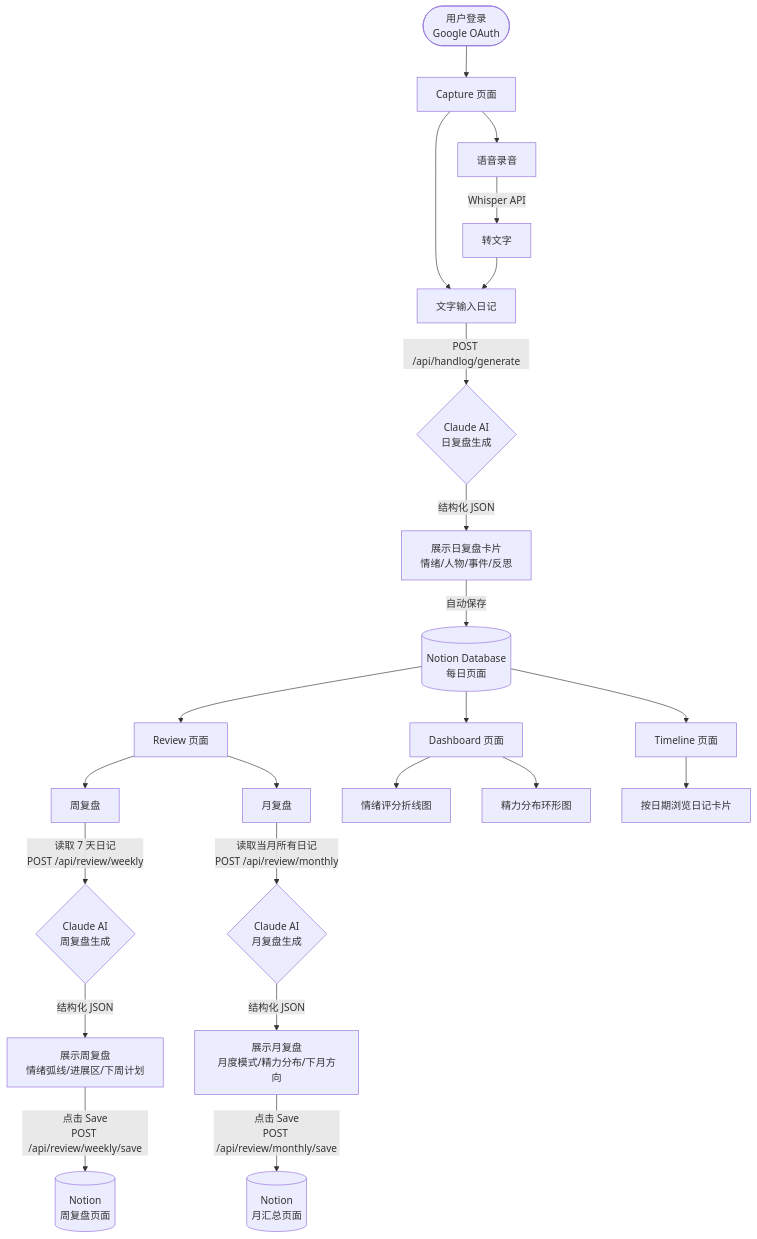
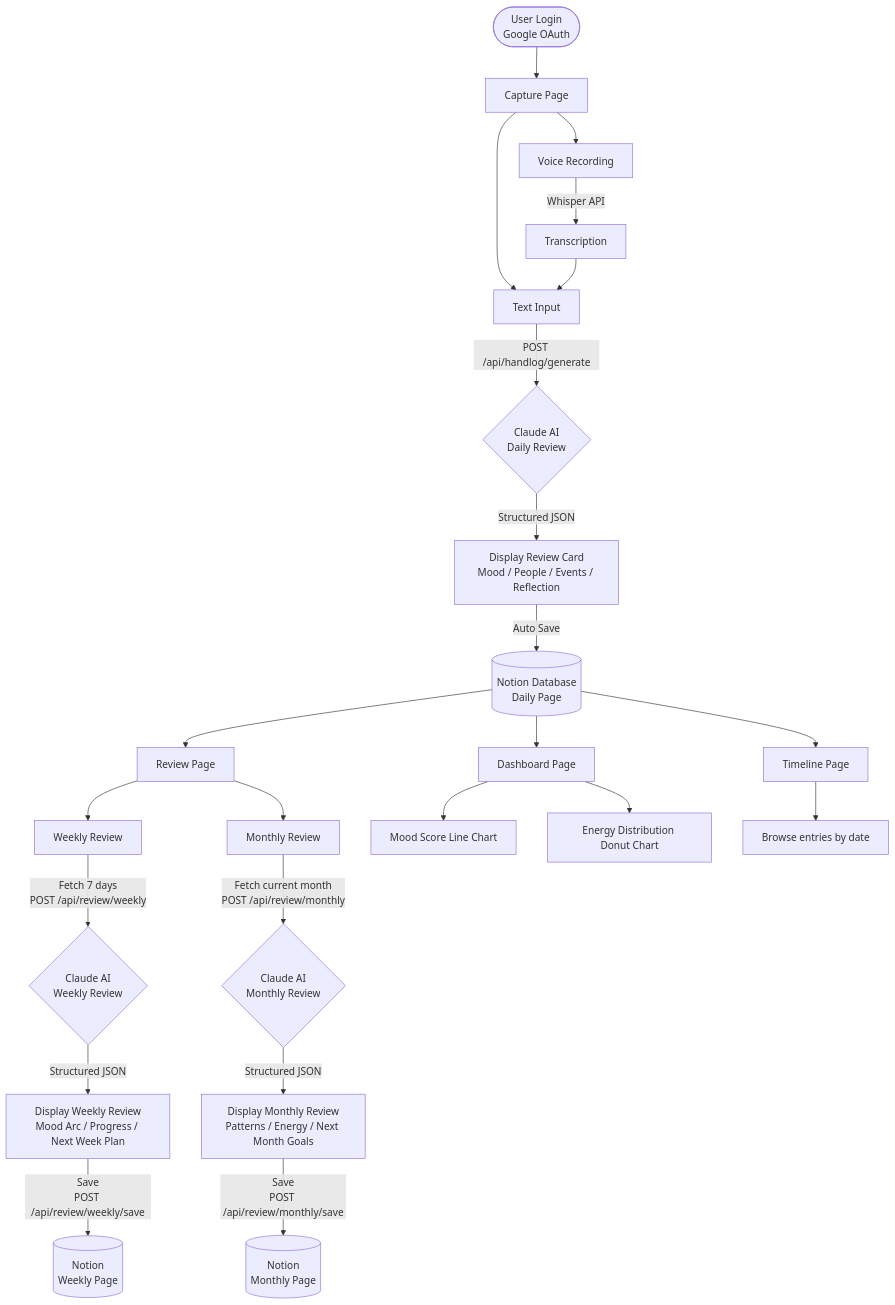
The diagram in README.md (sarahwangy/HandLog), drawn with Mermaid before and after one commit. The commit also changed other lines of this file and 4 other files, not shown here.

Commit message:
docs: add English README, timeline, CLAUDE_EN and complete .env.example

````diff
--- a/README.md
+++ b/README.md
@@ -23,33 +24,33 @@
 ```mermaid
 flowchart TD
-    A([用户登录\nGoogle OAuth]) --> B[Capture 页面]
+    A([User Login\nGoogle OAuth]) --> B[Capture Page]
 
-    B --> B1[文字输入日记]
-    B --> B2[语音录音]
-    B2 -->|Whisper API| B3[转文字]
+    B --> B1[Text Input]
+    B --> B2[Voice Recording]
+    B2 -->|Whisper API| B3[Transcription]
     B3 --> B1
 
-    B1 -->|POST /api/handlog/generate| C{Claude AI\n日复盘生成}
-    C -->|结构化 JSON| D[展示日复盘卡片\n情绪/人物/事件/反思]
-    D -->|自动保存| E[(Notion Database\n每日页面)]
+    B1 -->|POST /api/handlog/generate| C{Claude AI\nDaily Review}
+    C -->|Structured JSON| D[Display Review Card\nMood / People / Events / Reflection]
+    D -->|Auto Save| E[(Notion Database\nDaily Page)]
 
-    E --> F[Review 页面]
+    E --> F[Review Page]
 
-    F --> G[周复盘]
-    F --> H[月复盘]
+    F --> G[Weekly Review]
+    F --> H[Monthly Review]
 
-    G -->|读取 7 天日记\nPOST /api/review/weekly| I{Claude AI\n周复盘生成}
-    I -->|结构化 JSON| J[展示周复盘\n情绪弧线/进展区/下周计划]
-    J -->|点击 Save\nPOST /api/review/weekly/save| K[(Notion\n周复盘页面)]
+    G -->|Fetch 7 days\nPOST /api/review/weekly| I{Claude AI\nWeekly Review}
+    I -->|Structured JSON| J[Display Weekly Review\nMood Arc / Progress / Next Week Plan]
+    J -->|Save\nPOST /api/review/weekly/save| K[(Notion\nWeekly Page)]
 
-    H -->|读取当月所有日记\nPOST /api/review/monthly| L{Claude AI\n月复盘生成}
-    L -->|结构化 JSON| M[展示月复盘\n月度模式/精力分布/下月方向]
-    M -->|点击 Save\nPOST /api/review/monthly/save| N[(Notion\n月汇总页面)]
+    H -->|Fetch current month\nPOST /api/review/monthly| L{Claude AI\nMonthly Review}
+    L -->|Structured JSON| M[Display Monthly Review\nPatterns / Energy / Next Month Goals]
+    M -->|Save\nPOST /api/review/monthly/save| N[(Notion\nMonthly Page)]
 
-    E --> O[Dashboard 页面]
-    O --> O1[情绪评分折线图]
-    O --> O2[精力分布环形图]
+    E --> O[Dashboard Page]
+    O --> O1[Mood Score Line Chart]
+    O --> O2[Energy Distribution Donut Chart]
 
-    E --> P[Timeline 页面]
-    P --> P1[按日期浏览日记卡片]
+    E --> P[Timeline Page]
+    P --> P1[Browse entries by date]
 ```
````
